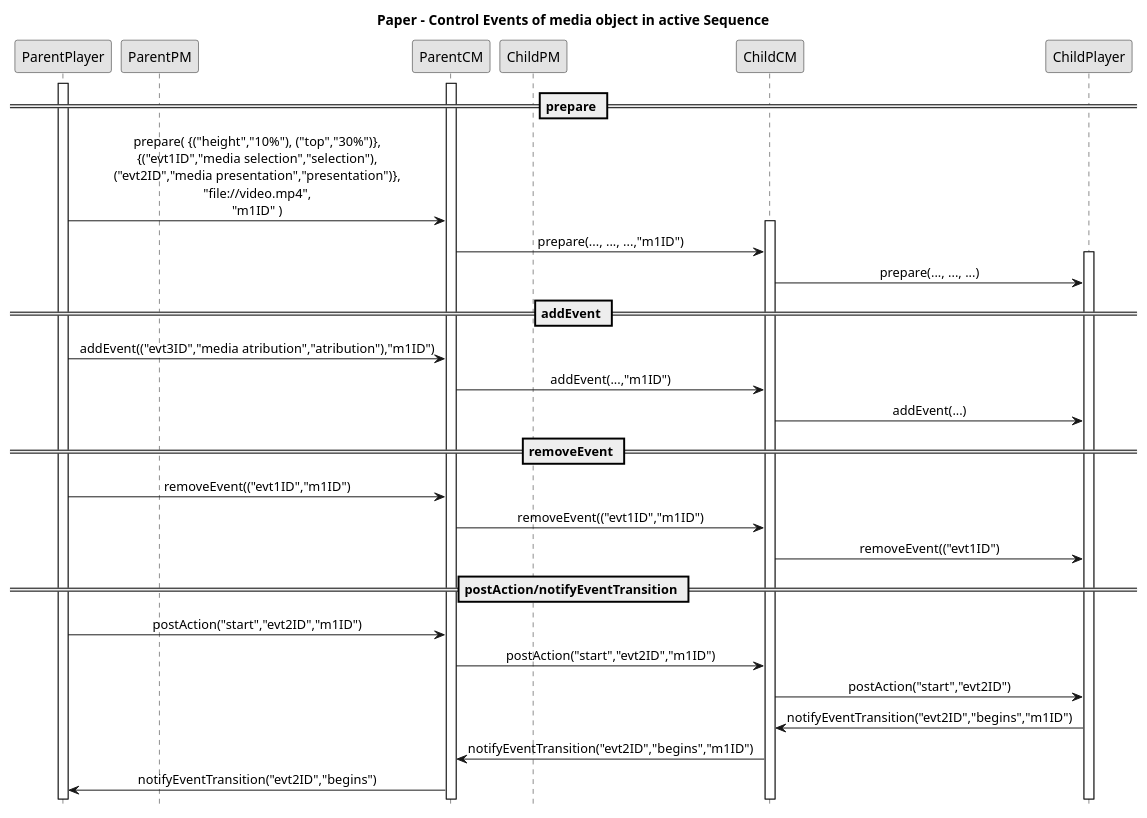
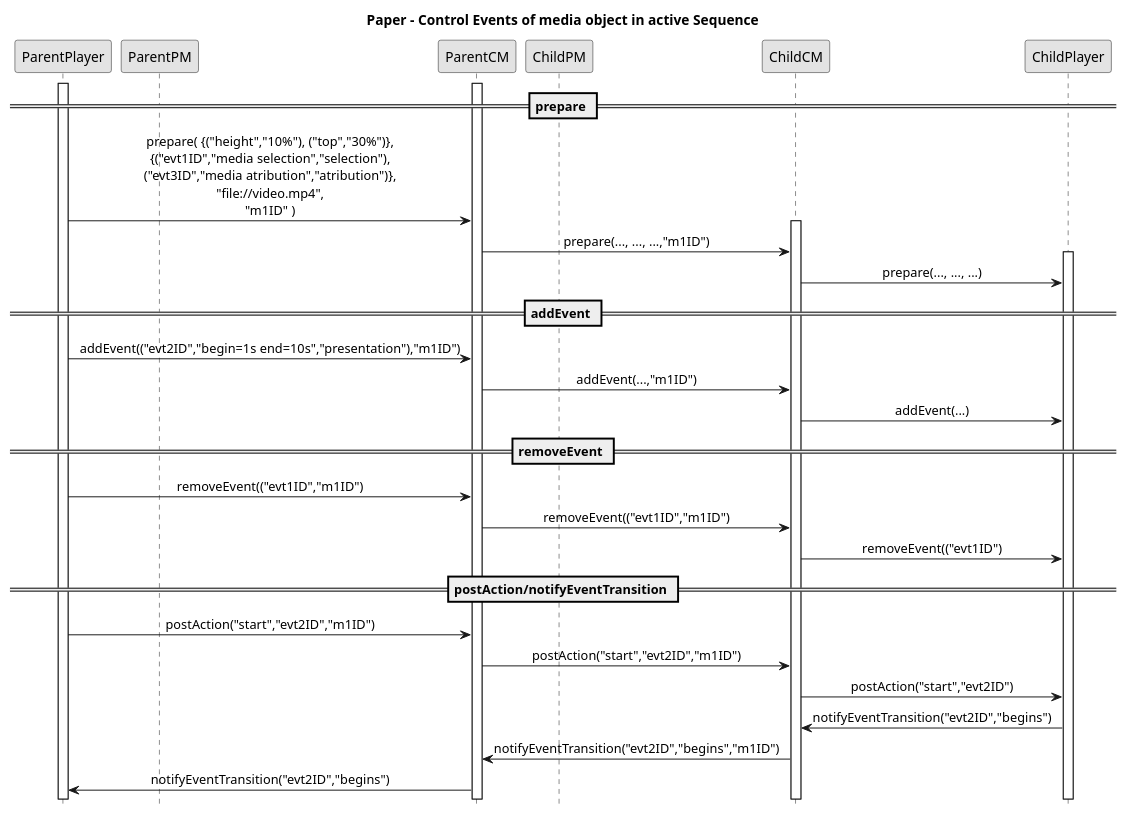
The diagram in sequence3.plantuml (alanlivio/fsmda), drawn with PlantUML before and after one commit. The commit also changed 8 other files, not shown here.

Commit message:
docs: Fixes in diagrams and delete proposals.

```diff
--- a/sequence3.plantuml
+++ b/sequence3.plantuml
@@ -2,40 +2,40 @@
 @startuml
 hide footbox
 skinparam monochrome true
 skinparam sequenceMessageAlign center
 
 participant ParentPlayer
 participant ParentPM
 participant ParentCM
 participant ChildPM
 participant ChildCM
 participant ChildPlayer
 
 ''''''''''''''''''Paper - Control Events of media object in active Sequence'''''''''''''''''
 title Paper - Control Events of media object in active Sequence
 activate ParentPlayer
 activate ParentCM
 == prepare ==
-ParentPlayer->ParentCM: prepare( {("height","10%"), ("top","30%")},\n{("evt1ID","media selection","selection"),\n("evt2ID","media presentation","presentation")},\n"file://video.mp4",\n"m1ID" )
+ParentPlayer->ParentCM: prepare( {("height","10%"), ("top","30%")},\n{("evt1ID","media selection","selection"),\n("evt3ID","media atribution","atribution")},\n"file://video.mp4",\n"m1ID" )
 activate ChildCM
 ParentCM->ChildCM:   prepare(..., ..., ...,"m1ID")
 activate ChildPlayer
 ChildCM->ChildPlayer:   prepare(..., ..., ...)
 == addEvent ==
-ParentPlayer->ParentCM: addEvent(("evt3ID","media atribution","atribution"),"m1ID")
+ParentPlayer->ParentCM: addEvent(("evt2ID","begin=1s end=10s","presentation"),"m1ID")
 ParentCM->ChildCM:   addEvent(...,"m1ID")
 ChildCM->ChildPlayer:   addEvent(...)
 == removeEvent ==
 ParentPlayer->ParentCM: removeEvent(("evt1ID","m1ID")
 ParentCM->ChildCM:   removeEvent(("evt1ID","m1ID")
 ChildCM->ChildPlayer:   removeEvent(("evt1ID")
 == postAction/notifyEventTransition ==
 ParentPlayer->ParentCM: postAction("start","evt2ID","m1ID")
 ParentCM->ChildCM:   postAction("start","evt2ID","m1ID")
 ChildCM->ChildPlayer:   postAction("start","evt2ID")
-ChildPlayer->ChildCM:   notifyEventTransition("evt2ID","begins","m1ID")
+ChildPlayer->ChildCM:   notifyEventTransition("evt2ID","begins")
 ChildCM->ParentCM:   notifyEventTransition("evt2ID","begins","m1ID")
 ParentCM->ParentPlayer: notifyEventTransition("evt2ID","begins")
 
 ''''''''''''''''''Ending PLANTUML params'''''''''''''''''
 @enduml
```
